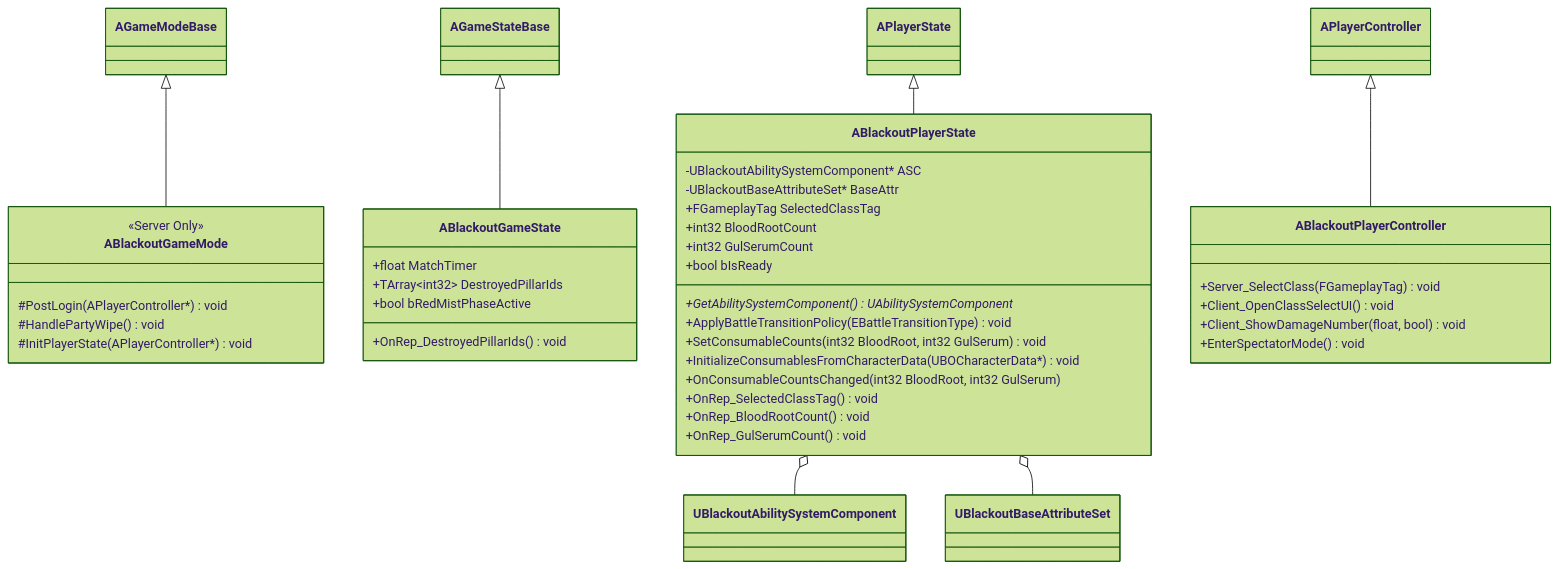
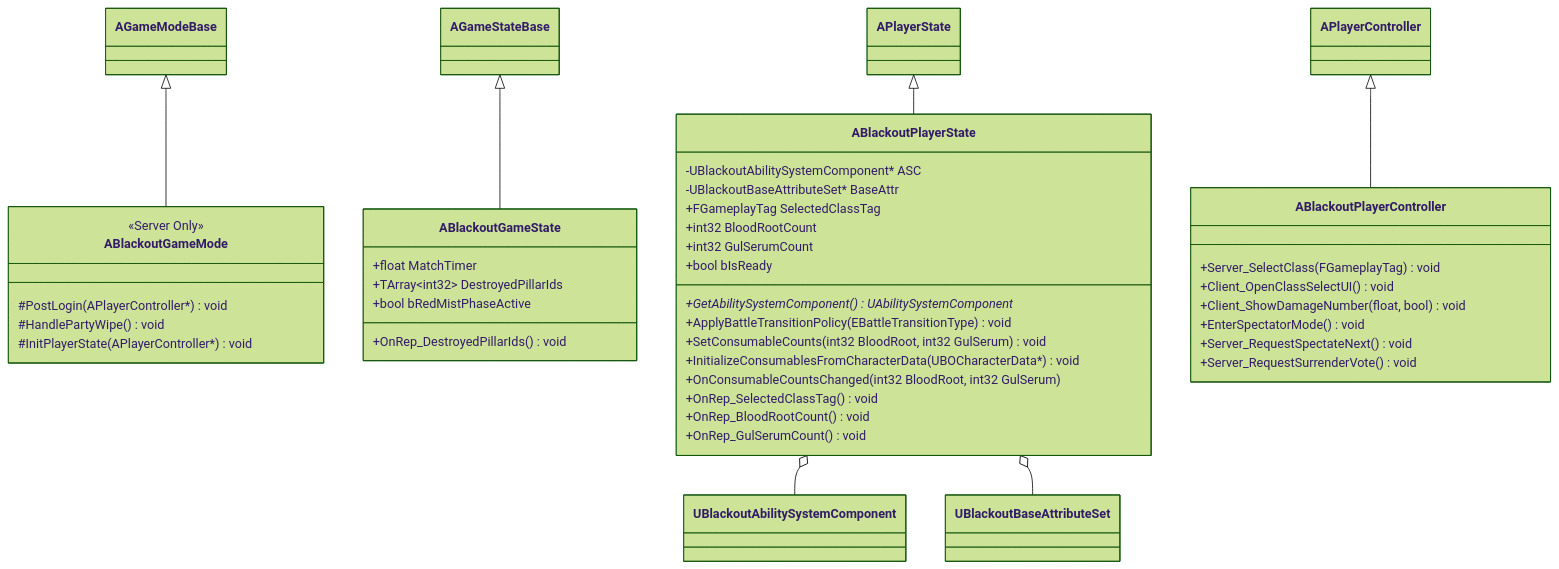
The diagram in Docs/Foundation/01_Framework_Core.md (seongwon1579/ProjectBlackout), drawn with Mermaid (forest theme) before and after one commit. The commit also changed other lines of this file and 7 other files, not shown here.

````diff
--- a/Docs/Foundation/01_Framework_Core.md
+++ b/Docs/Foundation/01_Framework_Core.md
@@ -5,50 +5,52 @@
 ```mermaid
 classDiagram
     direction TB
 
     AGameModeBase <|-- ABlackoutGameMode
     AGameStateBase <|-- ABlackoutGameState
     APlayerState   <|-- ABlackoutPlayerState
     APlayerController <|-- ABlackoutPlayerController
 
     class ABlackoutGameMode {
         <<Server Only>>
         #PostLogin(APlayerController*) void
         #HandlePartyWipe() void
         #InitPlayerState(APlayerController*) void
     }
 
     class ABlackoutGameState {
         +float MatchTimer
         +TArray~int32~ DestroyedPillarIds
         +bool bRedMistPhaseActive
         +OnRep_DestroyedPillarIds() void
     }
 
     class ABlackoutPlayerState {
         -UBlackoutAbilitySystemComponent* ASC
         -UBlackoutBaseAttributeSet* BaseAttr
         +FGameplayTag SelectedClassTag
         +int32 BloodRootCount
         +int32 GulSerumCount
         +bool bIsReady
         +GetAbilitySystemComponent() UAbilitySystemComponent*
         +ApplyBattleTransitionPolicy(EBattleTransitionType) void
         +SetConsumableCounts(int32 BloodRoot, int32 GulSerum) void
         +InitializeConsumablesFromCharacterData(UBOCharacterData*) void
         +OnConsumableCountsChanged(int32 BloodRoot, int32 GulSerum)
         +OnRep_SelectedClassTag() void
         +OnRep_BloodRootCount() void
         +OnRep_GulSerumCount() void
     }
 
     class ABlackoutPlayerController {
         +Server_SelectClass(FGameplayTag) void
         +Client_OpenClassSelectUI() void
         +Client_ShowDamageNumber(float, bool) void
         +EnterSpectatorMode() void
+        +Server_RequestSpectateNext() void
+        +Server_RequestSurrenderVote() void
     }
 
     ABlackoutPlayerState o-- UBlackoutAbilitySystemComponent
     ABlackoutPlayerState o-- UBlackoutBaseAttributeSet
 ```
````
